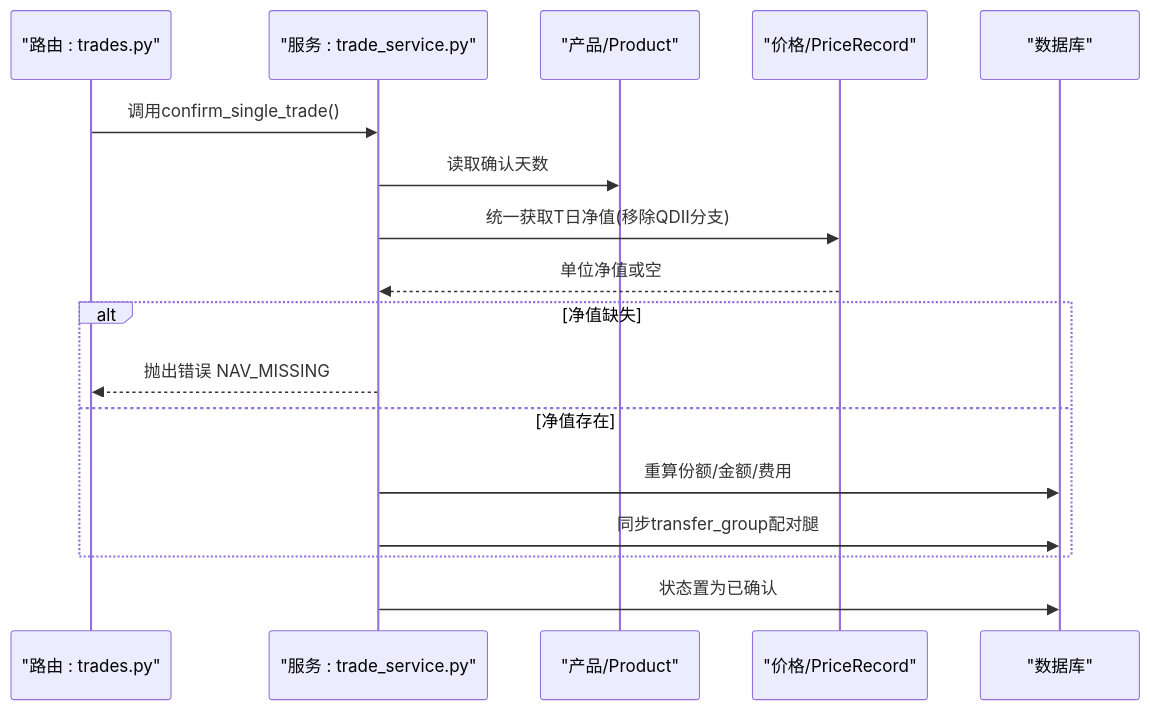
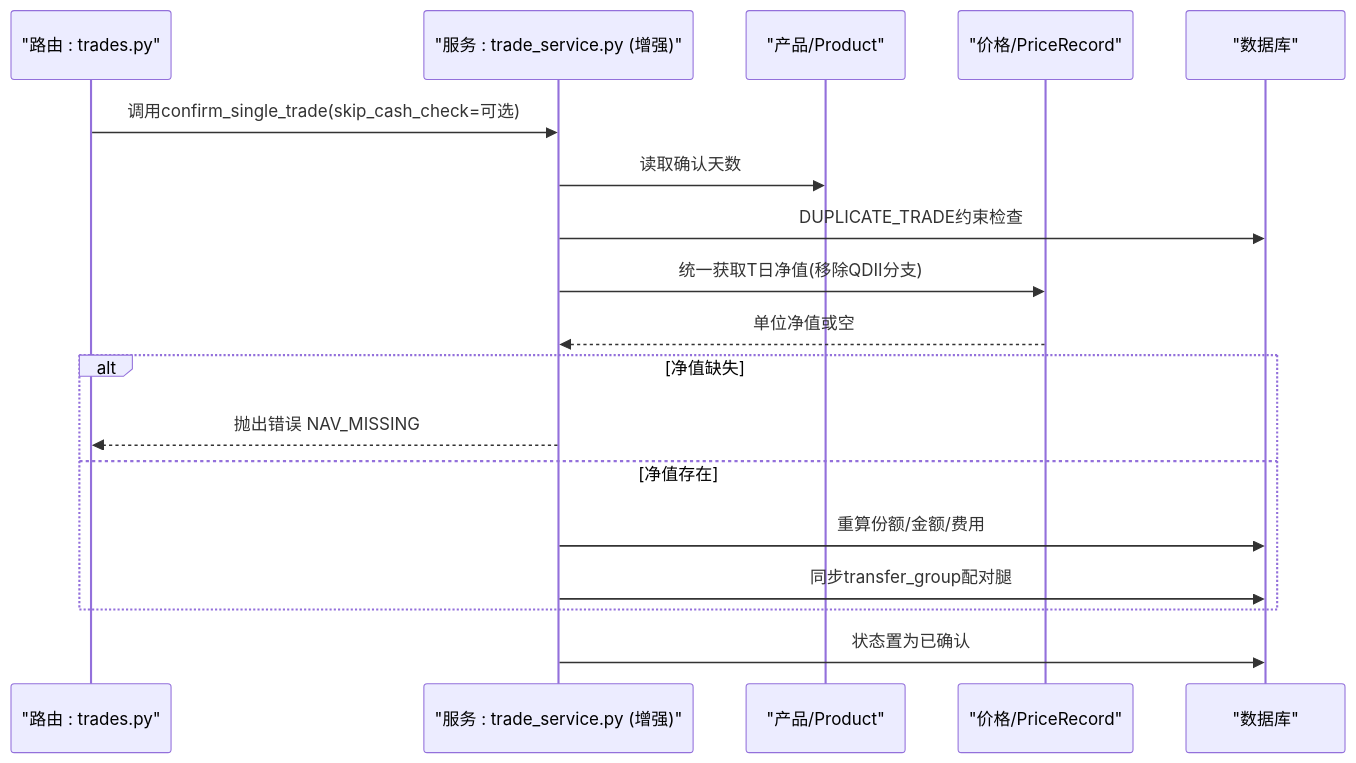
One commit to gujialind/InvestRing changed diagram 12 of 16 in .qoder/repowiki/zh/content/核心业务功能/交易处理.md. Above: the diagram before and after it, drawn with Mermaid. The commit also changed other lines of this file and 15 other files, not shown here.

````diff
--- a/.qoder/repowiki/zh/content/核心业务功能/交易处理.md
+++ b/.qoder/repowiki/zh/content/核心业务功能/交易处理.md
@@ -517,19 +547,20 @@
 ```mermaid
 sequenceDiagram
 participant R as "路由 : trades.py"
-participant ST as "服务 : trade_service.py"
+participant ST as "服务 : trade_service.py (增强)"
 participant P as "产品/Product"
 participant PR as "价格/PriceRecord"
 participant DB as "数据库"
-R->>ST : 调用confirm_single_trade()
+R->>ST : 调用confirm_single_trade(skip_cash_check=可选)
 ST->>P : 读取确认天数
+ST->>DB : DUPLICATE_TRADE约束检查
 ST->>PR : 统一获取T日净值(移除QDII分支)
 PR-->>ST : 单位净值或空
 alt 净值缺失
 ST-->>R : 抛出错误 NAV_MISSING
 else 净值存在
 ST->>DB : 重算份额/金额/费用
 ST->>DB : 同步transfer_group配对腿
 end
 ST->>DB : 状态置为已确认
 ```
````
